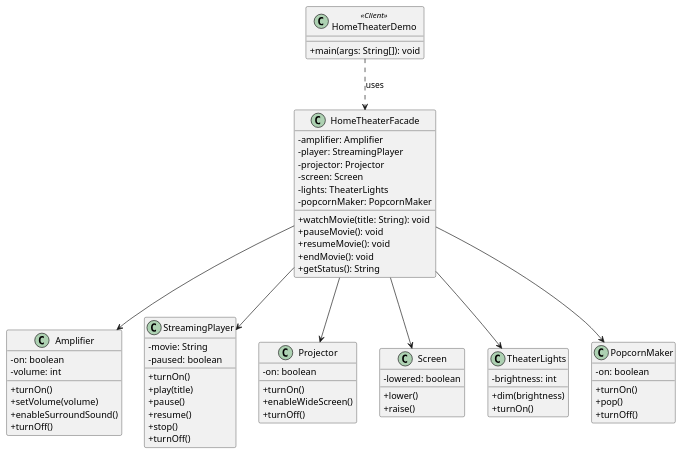
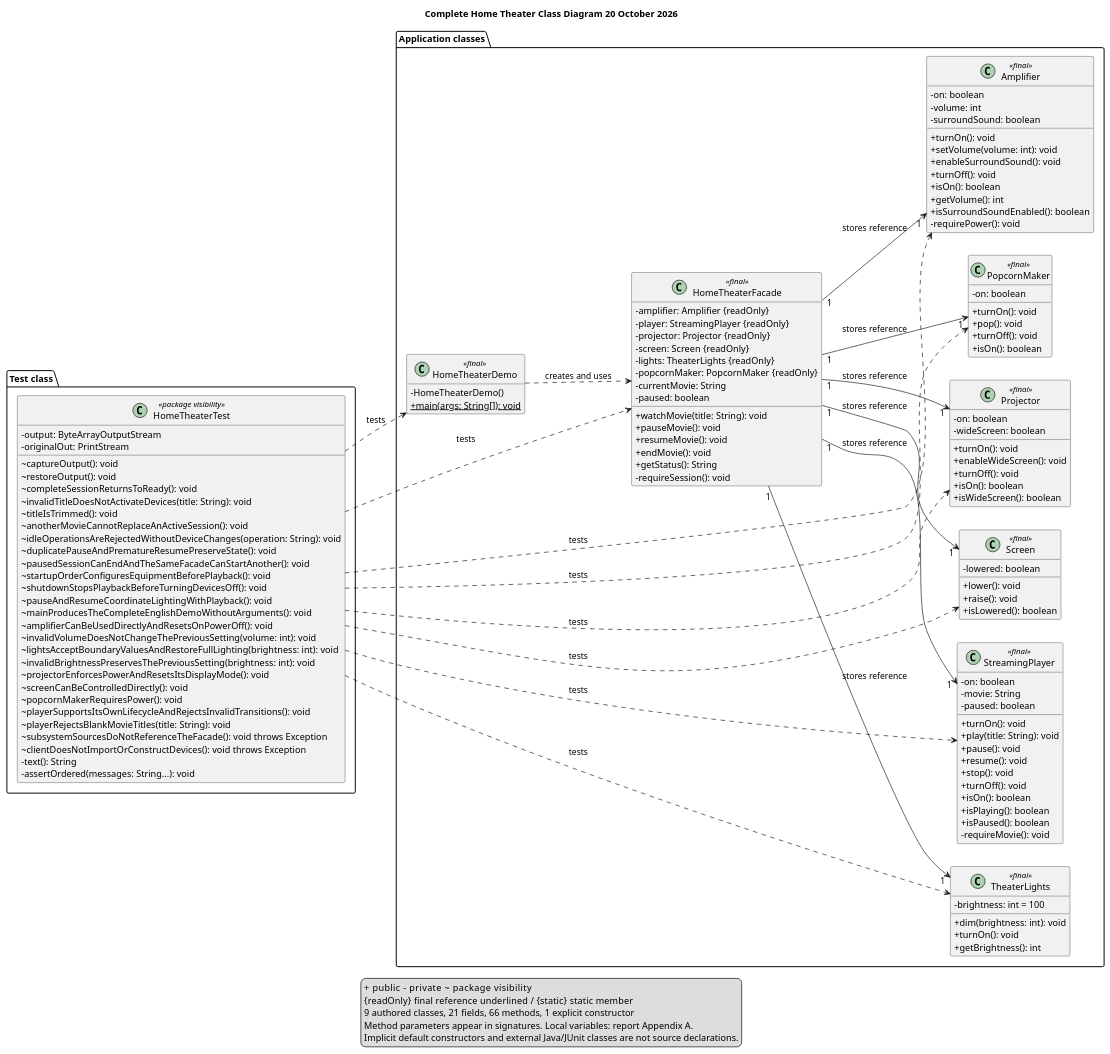
The diagram in docs/class-diagram.puml (ramazanutegen583-pixel/facade-pattern-vault-backup), drawn with PlantUML before and after one commit. The commit also changed 7 other files, not shown here.

Commit message:
Complete UML declarations and update assignment report

```diff
--- a/docs/class-diagram.puml
+++ b/docs/class-diagram.puml
@@ -1,66 +1,138 @@
 @startuml
 skinparam classAttributeIconSize 0
-class HomeTheaterDemo <<Client>> {
-  +main(args: String[]): void
+hide empty members
+left to right direction
+title Complete Home Theater Class Diagram 20 October 2026
+package "Application classes" {
+class HomeTheaterDemo <<final>> {
+  - HomeTheaterDemo()
+  {static} + main(args: String[]): void
 }
-class HomeTheaterFacade {
-  -amplifier: Amplifier
-  -player: StreamingPlayer
-  -projector: Projector
-  -screen: Screen
-  -lights: TheaterLights
-  -popcornMaker: PopcornMaker
-  +watchMovie(title: String): void
-  +pauseMovie(): void
-  +resumeMovie(): void
-  +endMovie(): void
-  +getStatus(): String
+class HomeTheaterFacade <<final>> {
+  - amplifier: Amplifier {readOnly}
+  - player: StreamingPlayer {readOnly}
+  - projector: Projector {readOnly}
+  - screen: Screen {readOnly}
+  - lights: TheaterLights {readOnly}
+  - popcornMaker: PopcornMaker {readOnly}
+  - currentMovie: String
+  - paused: boolean
+  + watchMovie(title: String): void
+  + pauseMovie(): void
+  + resumeMovie(): void
+  + endMovie(): void
+  + getStatus(): String
+  - requireSession(): void
 }
-HomeTheaterDemo ..> HomeTheaterFacade : uses
-class Amplifier {
+class Amplifier <<final>> {
   - on: boolean
   - volume: int
-  + turnOn()
-  + setVolume(volume)
-  + enableSurroundSound()
-  + turnOff()
+  - surroundSound: boolean
+  + turnOn(): void
+  + setVolume(volume: int): void
+  + enableSurroundSound(): void
+  + turnOff(): void
+  + isOn(): boolean
+  + getVolume(): int
+  + isSurroundSoundEnabled(): boolean
+  - requirePower(): void
 }
-HomeTheaterFacade --> Amplifier
-class StreamingPlayer {
+class PopcornMaker <<final>> {
+  - on: boolean
+  + turnOn(): void
+  + pop(): void
+  + turnOff(): void
+  + isOn(): boolean
+}
+class Projector <<final>> {
+  - on: boolean
+  - wideScreen: boolean
+  + turnOn(): void
+  + enableWideScreen(): void
+  + turnOff(): void
+  + isOn(): boolean
+  + isWideScreen(): boolean
+}
+class Screen <<final>> {
+  - lowered: boolean
+  + lower(): void
+  + raise(): void
+  + isLowered(): boolean
+}
+class StreamingPlayer <<final>> {
+  - on: boolean
   - movie: String
   - paused: boolean
-  + turnOn()
-  + play(title)
-  + pause()
-  + resume()
-  + stop()
-  + turnOff()
+  + turnOn(): void
+  + play(title: String): void
+  + pause(): void
+  + resume(): void
+  + stop(): void
+  + turnOff(): void
+  + isOn(): boolean
+  + isPlaying(): boolean
+  + isPaused(): boolean
+  - requireMovie(): void
 }
-HomeTheaterFacade --> StreamingPlayer
-class Projector {
-  - on: boolean
-  + turnOn()
-  + enableWideScreen()
-  + turnOff()
+class TheaterLights <<final>> {
+  - brightness: int = 100
+  + dim(brightness: int): void
+  + turnOn(): void
+  + getBrightness(): int
 }
-HomeTheaterFacade --> Projector
-class Screen {
-  - lowered: boolean
-  + lower()
-  + raise()
 }
-HomeTheaterFacade --> Screen
-class TheaterLights {
-  - brightness: int
-  + dim(brightness)
-  + turnOn()
+package "Test class" {
+class HomeTheaterTest <<package visibility>> {
+  - output: ByteArrayOutputStream
+  - originalOut: PrintStream
+  ~ captureOutput(): void
+  ~ restoreOutput(): void
+  ~ completeSessionReturnsToReady(): void
+  ~ invalidTitleDoesNotActivateDevices(title: String): void
+  ~ titleIsTrimmed(): void
+  ~ anotherMovieCannotReplaceAnActiveSession(): void
+  ~ idleOperationsAreRejectedWithoutDeviceChanges(operation: String): void
+  ~ duplicatePauseAndPrematureResumePreserveState(): void
+  ~ pausedSessionCanEndAndTheSameFacadeCanStartAnother(): void
+  ~ startupOrderConfiguresEquipmentBeforePlayback(): void
+  ~ shutdownStopsPlaybackBeforeTurningDevicesOff(): void
+  ~ pauseAndResumeCoordinateLightingWithPlayback(): void
+  ~ mainProducesTheCompleteEnglishDemoWithoutArguments(): void
+  ~ amplifierCanBeUsedDirectlyAndResetsOnPowerOff(): void
+  ~ invalidVolumeDoesNotChangeThePreviousSetting(volume: int): void
+  ~ lightsAcceptBoundaryValuesAndRestoreFullLighting(brightness: int): void
+  ~ invalidBrightnessPreservesThePreviousSetting(brightness: int): void
+  ~ projectorEnforcesPowerAndResetsItsDisplayMode(): void
+  ~ screenCanBeControlledDirectly(): void
+  ~ popcornMakerRequiresPower(): void
+  ~ playerSupportsItsOwnLifecycleAndRejectsInvalidTransitions(): void
+  ~ playerRejectsBlankMovieTitles(title: String): void
+  ~ subsystemSourcesDoNotReferenceTheFacade(): void throws Exception
+  ~ clientDoesNotImportOrConstructDevices(): void throws Exception
+  - text(): String
+  - assertOrdered(messages: String...): void
 }
-HomeTheaterFacade --> TheaterLights
-class PopcornMaker {
-  - on: boolean
-  + turnOn()
-  + pop()
-  + turnOff()
 }
-HomeTheaterFacade --> PopcornMaker
+HomeTheaterDemo ..> HomeTheaterFacade : creates and uses
+HomeTheaterFacade "1" --> "1" Amplifier : stores reference
+HomeTheaterFacade "1" --> "1" StreamingPlayer : stores reference
+HomeTheaterFacade "1" --> "1" Projector : stores reference
+HomeTheaterFacade "1" --> "1" Screen : stores reference
+HomeTheaterFacade "1" --> "1" TheaterLights : stores reference
+HomeTheaterFacade "1" --> "1" PopcornMaker : stores reference
+HomeTheaterTest ..> HomeTheaterDemo : tests
+HomeTheaterTest ..> HomeTheaterFacade : tests
+HomeTheaterTest ..> Amplifier : tests
+HomeTheaterTest ..> StreamingPlayer : tests
+HomeTheaterTest ..> Projector : tests
+HomeTheaterTest ..> Screen : tests
+HomeTheaterTest ..> TheaterLights : tests
+HomeTheaterTest ..> PopcornMaker : tests
+legend bottom
++ public    - private    ~ package visibility
+{readOnly} final reference    underlined / {static} static member
+9 authored classes, 21 fields, 66 methods, 1 explicit constructor
+Method parameters appear in signatures. Local variables: report Appendix A.
+Implicit default constructors and external Java/JUnit classes are not source declarations.
+endlegend
 @enduml
```
